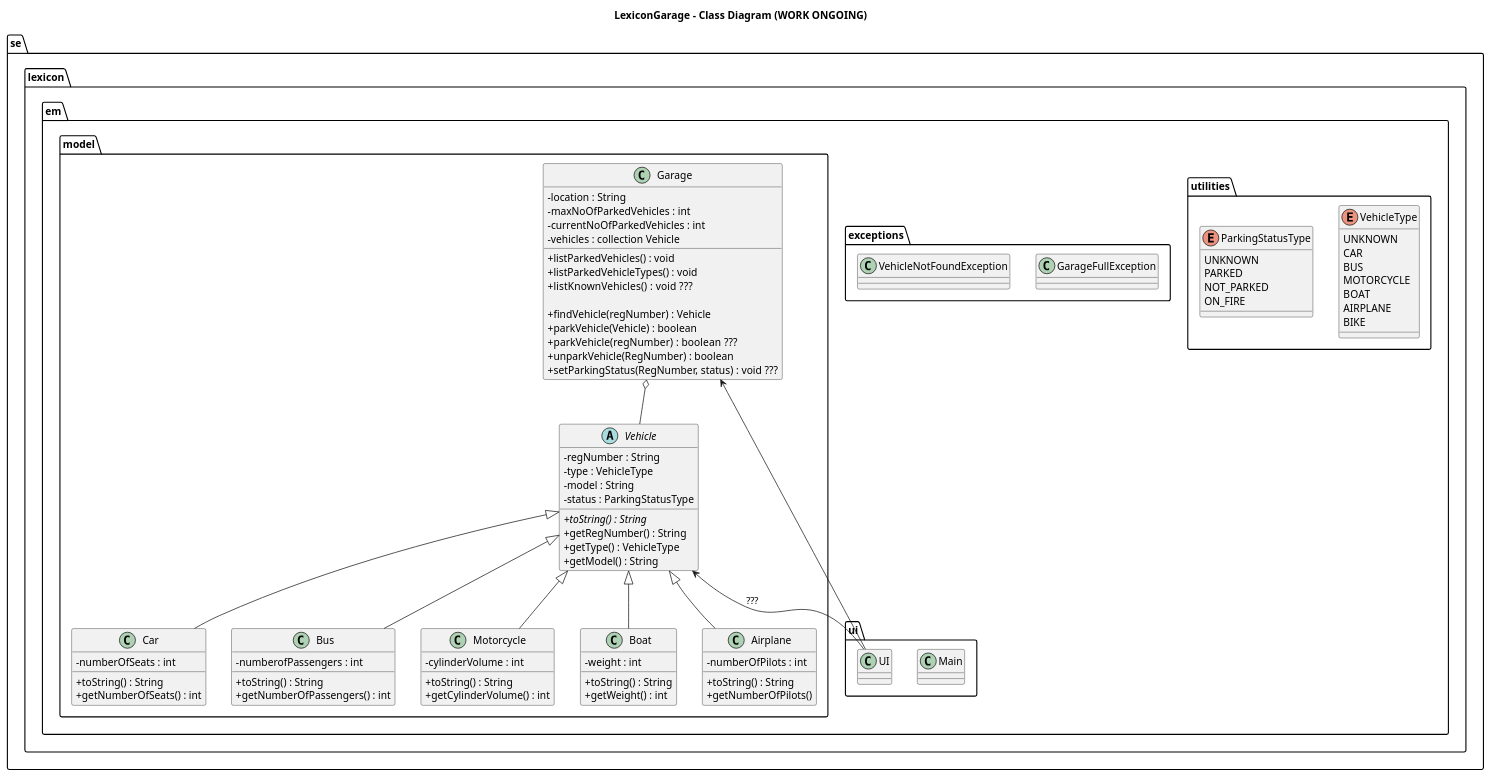
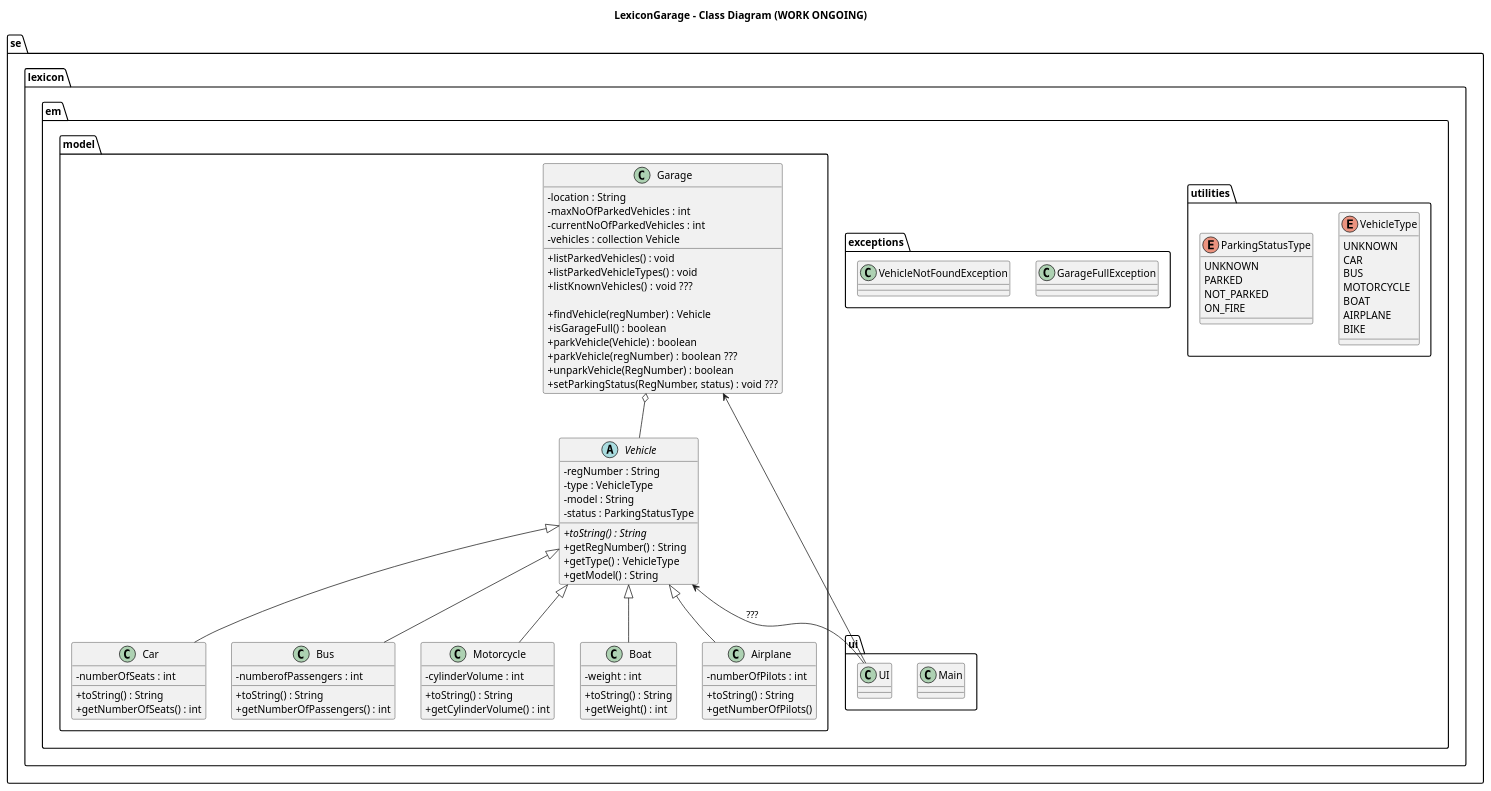
Before and after one commit to wikitrom/lexicon-garage: the diagram in classDiagram.puml, drawn with PlantUML.

Commit message:
Update class diagram
Add method: isGarageFull()

```diff
--- a/classDiagram.puml
+++ b/classDiagram.puml
@@ -1,137 +1,138 @@
 @startuml
 
 ' settings
 ' --------------------------------------------
 skinparam classAttributeIconSize 0
 
 title LexiconGarage - Class Diagram (WORK ONGOING)
 
 ' define packages/namespaces and/or classes
 ' --------------------------------------------
 
 namespace se.lexicon.em.utilities {
 enum VehicleType {
   UNKNOWN
   CAR
   BUS
   MOTORCYCLE
   BOAT
   AIRPLANE
   BIKE
 }
 
 enum ParkingStatusType {
   UNKNOWN
   PARKED
   NOT_PARKED
   ON_FIRE
   }
 
 }
 ' --- end namespace/package
 
 namespace se.lexicon.em.ui {
 class Main
 class UI
 }
 ' --- end namespace/package
 
 namespace se.lexicon.em.exceptions {
 class GarageFullException
 class VehicleNotFoundException
 }
 ' --- end namespace/package
 
 namespace se.lexicon.em.model {
 
 ' -- Classes
 class Garage {
   -location : String
   -maxNoOfParkedVehicles : int
   -currentNoOfParkedVehicles : int
   -vehicles : collection Vehicle
 
   +listParkedVehicles() : void
   +listParkedVehicleTypes() : void
   +listKnownVehicles() : void  ???
 
   +findVehicle(regNumber) : Vehicle
+  +isGarageFull() : boolean
   +parkVehicle(Vehicle) : boolean
   +parkVehicle(regNumber) : boolean  ???
   +unparkVehicle(RegNumber) : boolean
   +setParkingStatus(RegNumber, status) : void ???
 
 }
 
 abstract class Vehicle {
   -regNumber : String
   -type : VehicleType
   -model : String
   -status : ParkingStatusType
 
   {abstract} +toString() : String
   +getRegNumber() : String
   +getType() : VehicleType
   +getModel() : String
 
 }
 
 class Car {
   -numberOfSeats : int
 
   +toString() : String
   +getNumberOfSeats() : int
 }
 
 class Bus {
   -numberofPassengers : int
 
   +toString() : String
   +getNumberOfPassengers() : int
 }
 
 class Motorcycle {
   -cylinderVolume : int
 
   +toString() : String
   +getCylinderVolume() : int
 }
 
 class Boat {
   -weight : int
 
   +toString() : String
   +getWeight() : int
 }
 
 class Airplane {
  -numberOfPilots : int
 
   +toString() : String
   +getNumberOfPilots()
 }
 
 
 ' -- Relations
 
 Vehicle <|-- Car
 Vehicle <|-- Bus
 Vehicle <|-- Motorcycle
 Vehicle <|-- Boat
 Vehicle <|-- Airplane
 
 Garage o-- Vehicle
 
 }
 ' --- end namespace/package
 
 
 ' define relations between packages/namespaces
 ' --------------------------------------------
 
 se.lexicon.em.model.Garage <-down- se.lexicon.em.ui.UI
 se.lexicon.em.model.Vehicle <-down- se.lexicon.em.ui.UI  : ???
 ' se.lexicon.em.utilities -- se.lexicon.em.model.Vehicle
 ' se.lexicon.em.exceptions -up- se.lexicon.em.model
 
 @enduml
```
